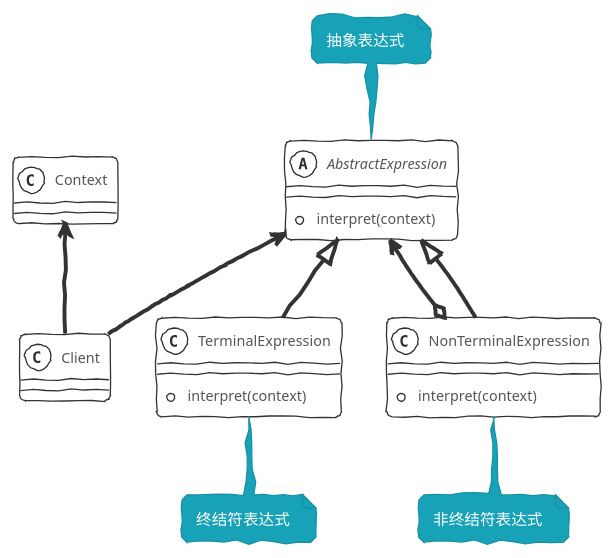
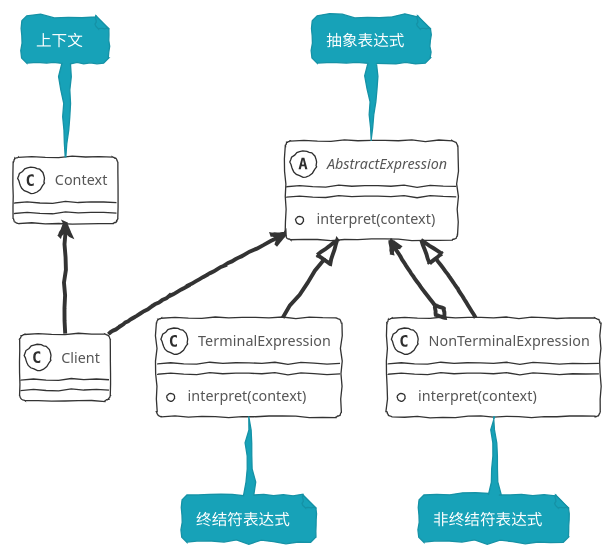
Before and after one commit to xiahubs/xiahubs.github.io: the diagram in source/_posts/DesignPatterns/interpreter.md, drawn with PlantUML. The commit also changed 18 other files, not shown here.

```diff
--- a/source/_posts/DesignPatterns/interpreter.md
+++ b/source/_posts/DesignPatterns/interpreter.md
@@ -8,30 +8,31 @@
 {% plantuml %}
 !theme sketchy-outline
 
 abstract class AbstractExpression
 {
   + interpret(context)
 }
 note top of AbstractExpression: 抽象表达式
 
 class TerminalExpression
 {
   + interpret(context)
 }
 note bottom of TerminalExpression: 终结符表达式
 
 class NonTerminalExpression
 {
   + interpret(context)
 }
 note bottom of NonTerminalExpression: 非终结符表达式
 
 class Context
+note top of Context: 上下文
 
 AbstractExpression <--o NonTerminalExpression
 AbstractExpression<|-- NonTerminalExpression
 AbstractExpression <|-- TerminalExpression
 AbstractExpression <-- Client
 Context <-- Client
 
 {% endplantuml %}
```
